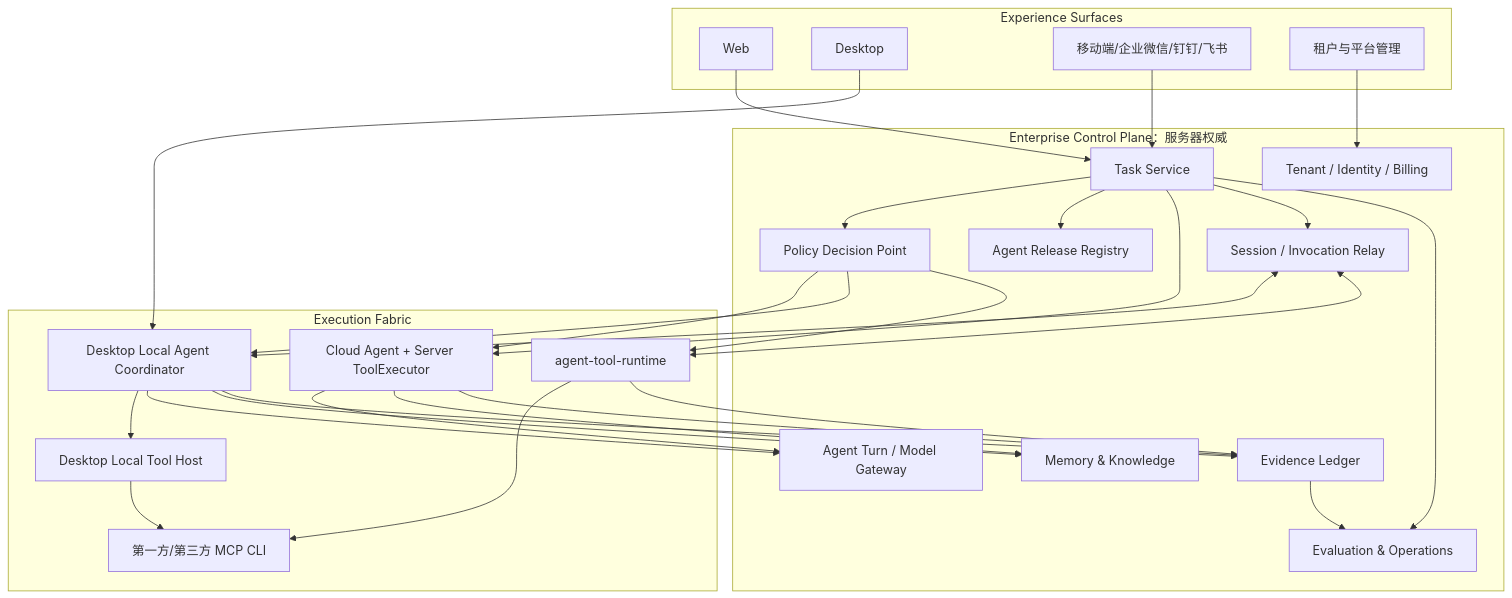
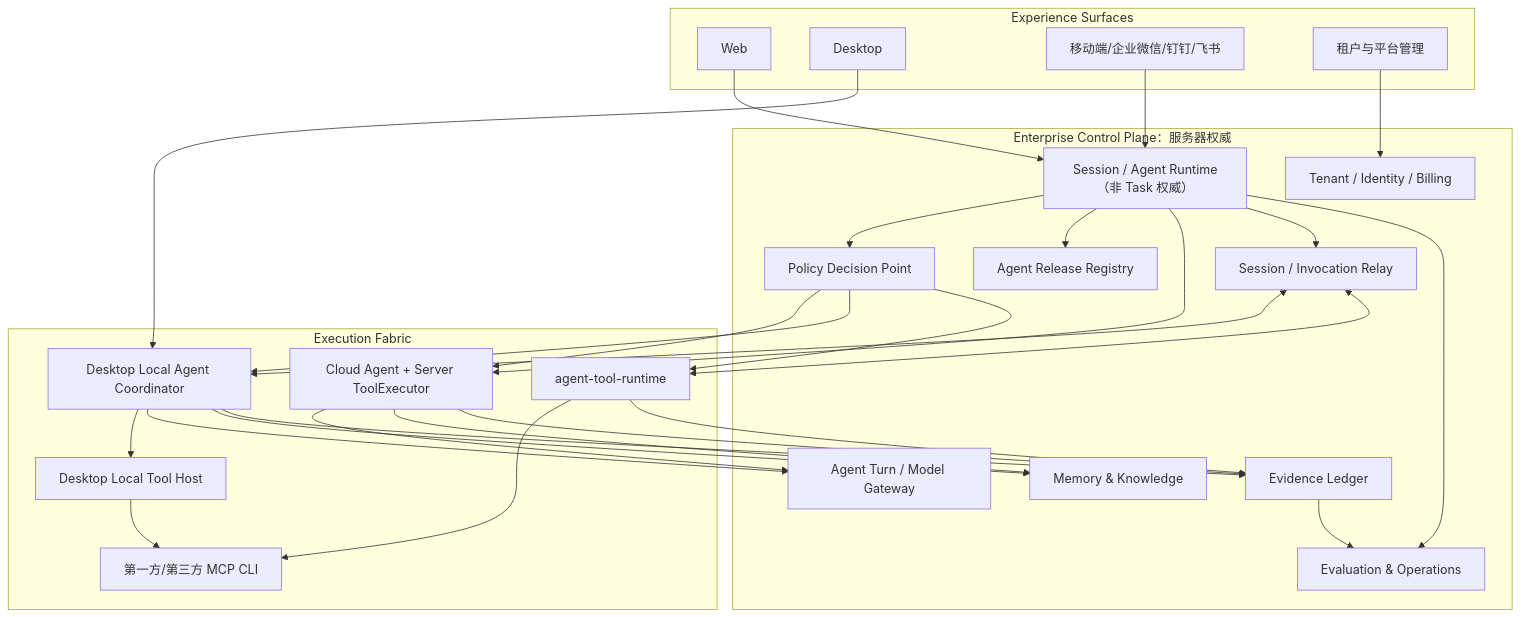
Before and after one commit to ethynic/aid-work-agent: the diagram in docs/system/enterprise-agent-platform/enterprise-agent-platform-integration-design.md, drawn with Mermaid. The commit also changed other lines of this file and 9 other files, not shown here.

````diff
--- a/docs/system/enterprise-agent-platform/enterprise-agent-platform-integration-design.md
+++ b/docs/system/enterprise-agent-platform/enterprise-agent-platform-integration-design.md
@@ -82,54 +84,54 @@
 ```mermaid
 flowchart TB
     subgraph Experience["Experience Surfaces"]
         WEB["Web"]
         DESKTOP["Desktop"]
         MOBILE["移动端/企业微信/钉钉/飞书"]
         ADMIN["租户与平台管理"]
     end
 
     subgraph Control["Enterprise Control Plane：服务器权威"]
         IAM["Tenant / Identity / Billing"]
-        TASK["Task Service"]
+        SESSION["Session / Agent Runtime（非 Task 权威）"]
         POLICY["Policy Decision Point"]
         AGENTREG["Agent Release Registry"]
         TURN["Agent Turn / Model Gateway"]
         MEMORY["Memory & Knowledge"]
         EVIDENCE["Evidence Ledger"]
         EVAL["Evaluation & Operations"]
         RELAY["Session / Invocation Relay"]
     end
 
     subgraph Execute["Execution Fabric"]
         CLOUD["Cloud Agent + Server ToolExecutor"]
         COORD["Desktop Local Agent Coordinator"]
         LOCAL["Desktop Local Tool Host"]
         RUNTIME["agent-tool-runtime"]
         PROVIDERS["第一方/第三方 MCP CLI"]
         COORD --> LOCAL --> PROVIDERS
         RUNTIME --> PROVIDERS
     end
 
-    WEB --> TASK
-    MOBILE --> TASK
+    WEB --> SESSION
+    MOBILE --> SESSION
     DESKTOP --> COORD
     ADMIN --> IAM
-    TASK --> POLICY
-    TASK --> AGENTREG
-    TASK --> CLOUD
-    TASK --> RELAY
+    SESSION --> POLICY
+    SESSION --> AGENTREG
+    SESSION --> CLOUD
+    SESSION --> RELAY
     RELAY <--> COORD
     RELAY <--> RUNTIME
     CLOUD --> TURN
     COORD --> TURN
     CLOUD --> MEMORY
     COORD --> MEMORY
     POLICY --> CLOUD
     POLICY --> COORD
     POLICY --> RUNTIME
     CLOUD --> EVIDENCE
     COORD --> EVIDENCE
     RUNTIME --> EVIDENCE
     EVIDENCE --> EVAL
-    TASK --> EVAL
+    SESSION --> EVAL
 ```
````
